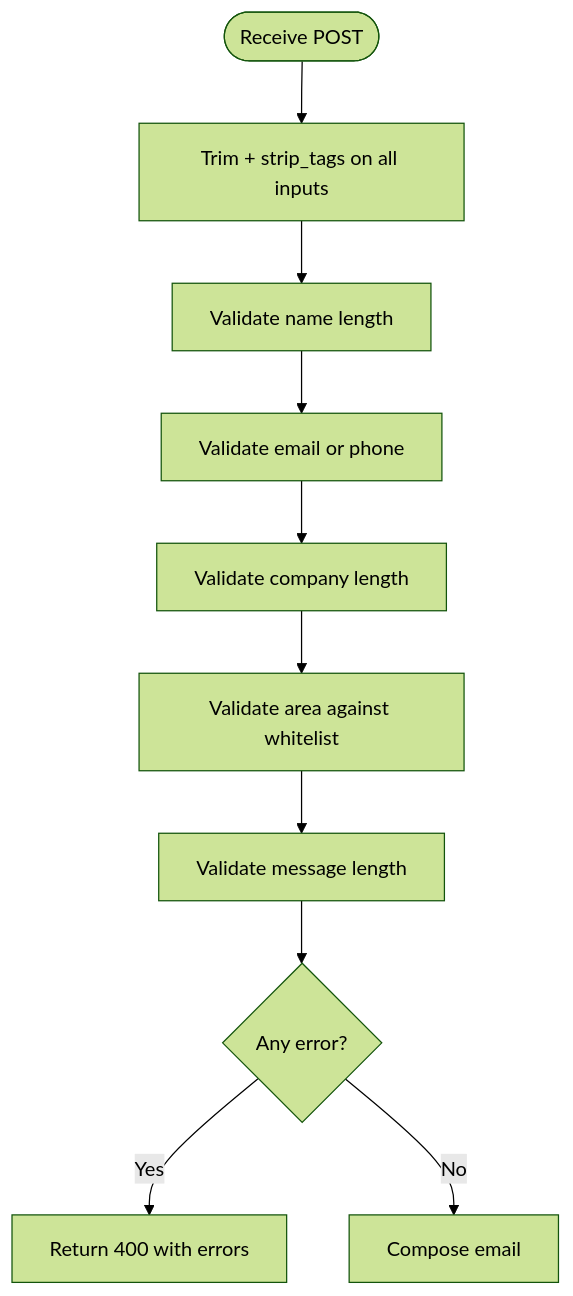
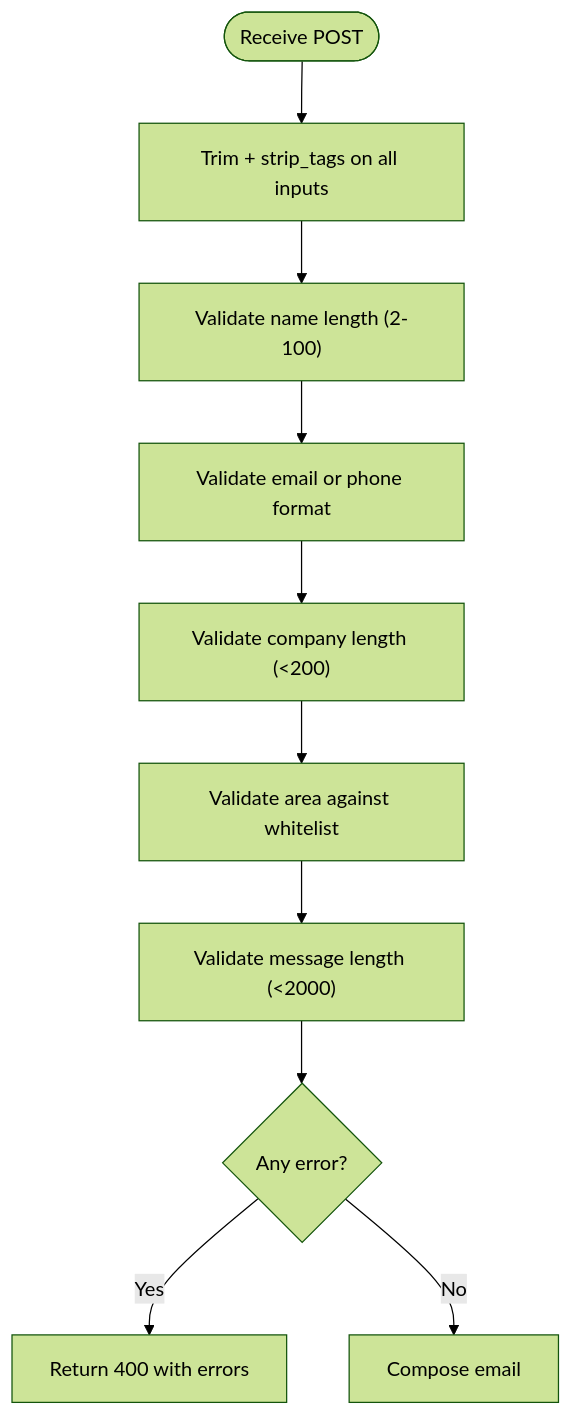
One commit to Vostrikov2014/emoo changed the fourth of 6 diagrams in .qoder/repowiki/en/content/Security Implementation.md. Above: the diagram before and after it, drawn with Mermaid (forest theme). The commit also changed other lines of this file and 4 other files, not shown here.

````diff
--- a/.qoder/repowiki/en/content/Security Implementation.md
+++ b/.qoder/repowiki/en/content/Security Implementation.md
@@ -130,12 +130,12 @@
 ```mermaid
 flowchart TD
 Start(["Receive POST"]) --> TrimStrip["Trim + strip_tags on all inputs"]
-TrimStrip --> ValidateName["Validate name length"]
-ValidateName --> ValidateContact["Validate email or phone"]
-ValidateContact --> ValidateCompany["Validate company length"]
+TrimStrip --> ValidateName["Validate name length (2-100)"]
+ValidateName --> ValidateContact["Validate email or phone format"]
+ValidateContact --> ValidateCompany["Validate company length (<200)"]
 ValidateCompany --> ValidateArea["Validate area against whitelist"]
-ValidateArea --> ValidateMessage["Validate message length"]
+ValidateArea --> ValidateMessage["Validate message length (<2000)"]
 ValidateMessage --> AnyError{"Any error?"}
 AnyError --> |Yes| Return400["Return 400 with errors"]
 AnyError --> |No| Next["Compose email"]
 ```
````
